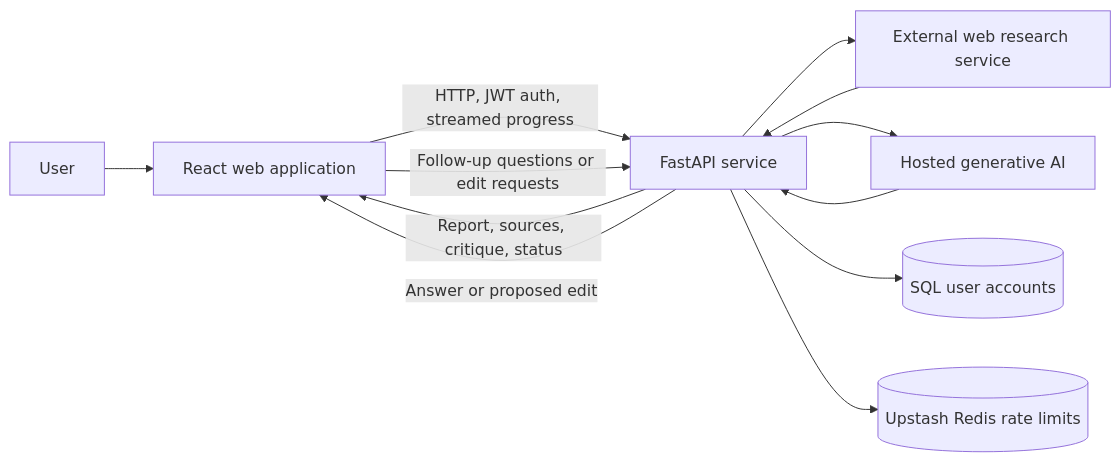
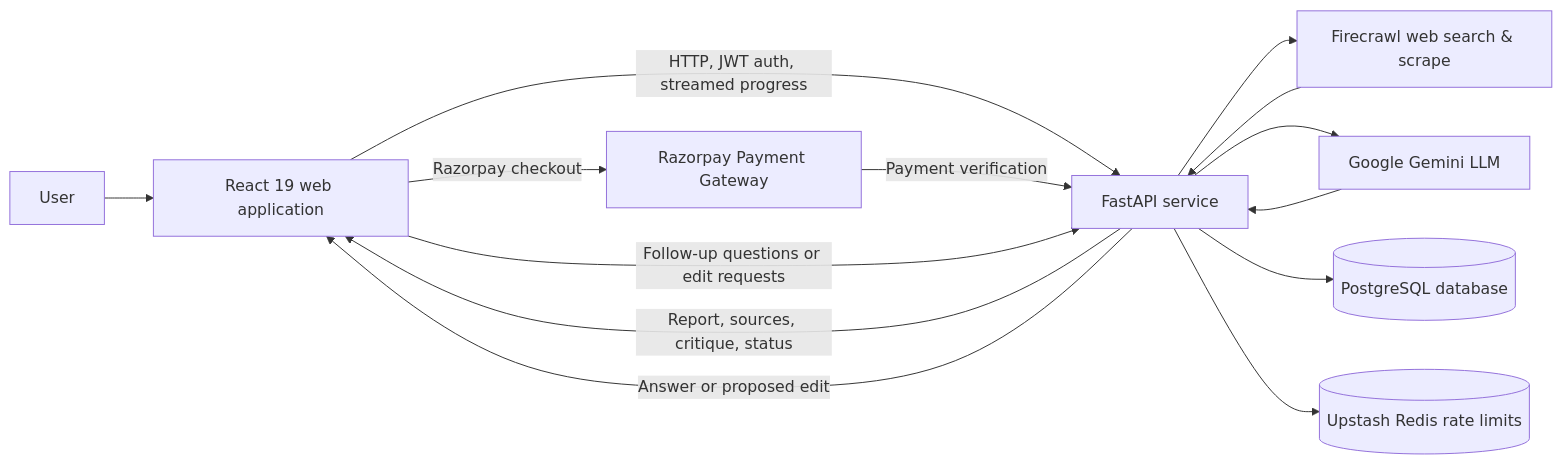
One commit to Ultriti-Tech/ResearchBand-Research-Report-Agent changed the diagram in README.md. Above: the diagram before and after it, drawn with Mermaid. The commit also changed other lines of this file and 6 other files, not shown here.

````diff
--- a/README.md
+++ b/README.md
@@ -73,14 +84,16 @@
 ```mermaid
 flowchart LR
-    U[User] --> UI[React web application]
+    U[User] --> UI[React 19 web application]
     UI -->|HTTP, JWT auth, streamed progress| API[FastAPI service]
-    API --> Search[External web research service]
-    API --> Model[Hosted generative AI]
-    API --> Accounts[(SQL user accounts)]
+    UI -->|Razorpay checkout| PG[Razorpay Payment Gateway]
+    PG -->|Payment verification| API
+    API --> Search[Firecrawl web search & scrape]
+    API --> Model[Google Gemini LLM]
+    API --> Accounts[(PostgreSQL database)]
     API --> Limits[(Upstash Redis rate limits)]
     Search --> API
     Model --> API
     API -->|Report, sources, critique, status| UI
     UI -->|Follow-up questions or edit requests| API
     API -->|Answer or proposed edit| UI
 ```
````
